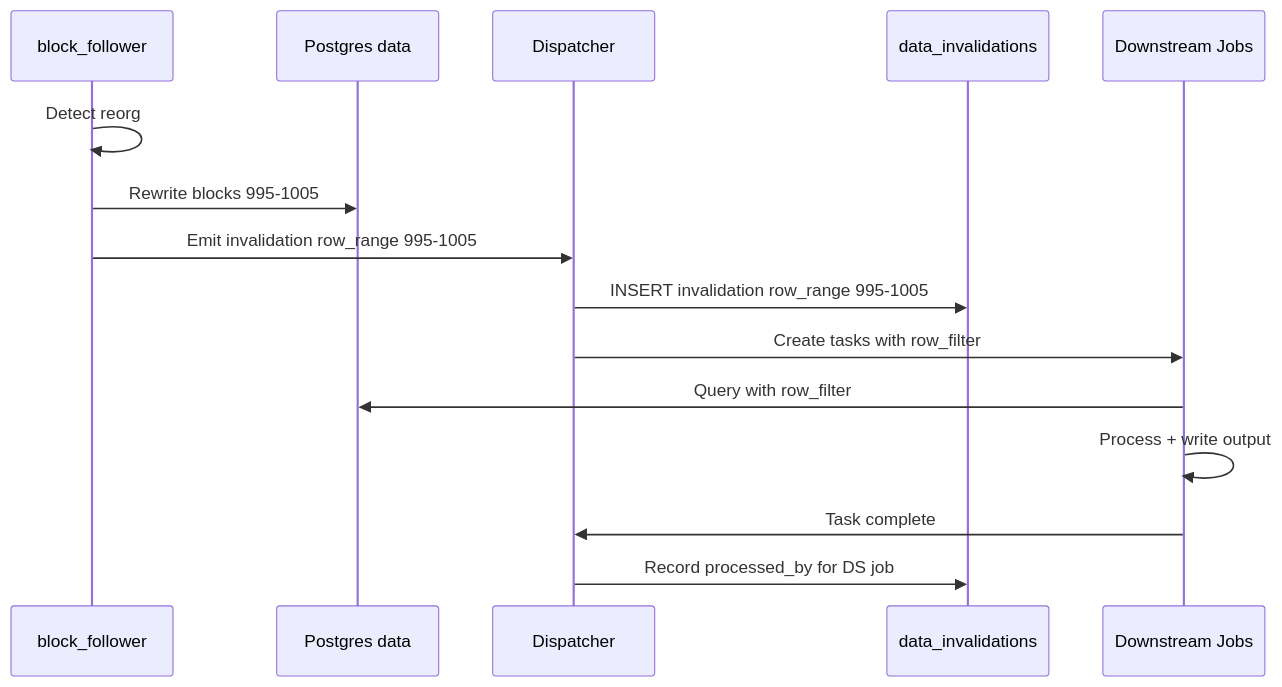
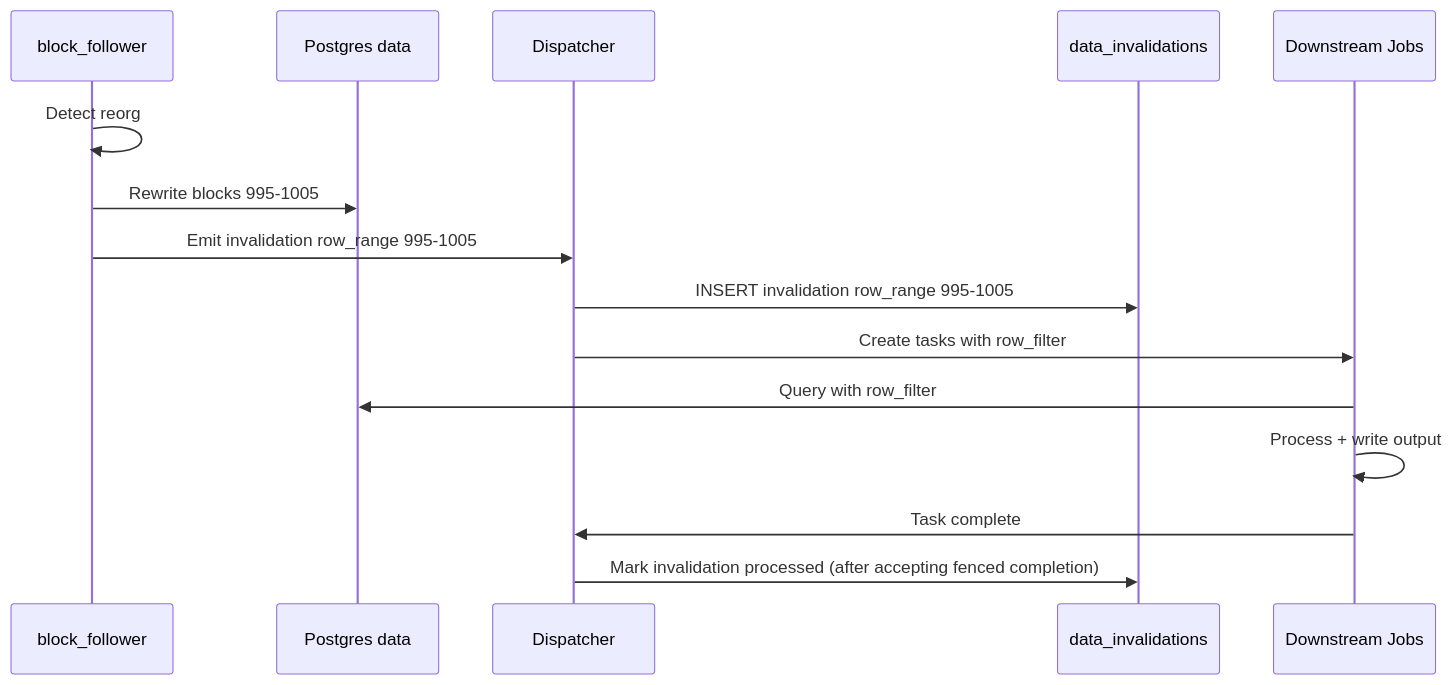
One commit to c7121/trace changed the first of 2 diagrams in docs/architecture/data_versioning.md. Above: the diagram before and after it, drawn with Mermaid. The commit also changed other lines of this file and 16 other files, not shown here.

Commit message:
docs: enforce db boundaries, tighten buffered publish flow, and clarify lambda trust model

````diff
--- a/docs/architecture/data_versioning.md
+++ b/docs/architecture/data_versioning.md
@@ -150,18 +150,18 @@
 ```mermaid
 sequenceDiagram
     participant BF as block_follower
     participant PG as Postgres data
     participant DISP as Dispatcher
     participant INV as data_invalidations
     participant DS as Downstream Jobs
 
     BF->>BF: Detect reorg
     BF->>PG: Rewrite blocks 995-1005
     BF->>DISP: Emit invalidation row_range 995-1005
     DISP->>INV: INSERT invalidation row_range 995-1005
     DISP->>DS: Create tasks with row_filter
     DS->>PG: Query with row_filter
     DS->>DS: Process + write output
     DS->>DISP: Task complete
-    DISP->>INV: Record processed_by for DS job
+    DISP->>INV: Mark invalidation processed (after accepting fenced completion)
 ```
````
